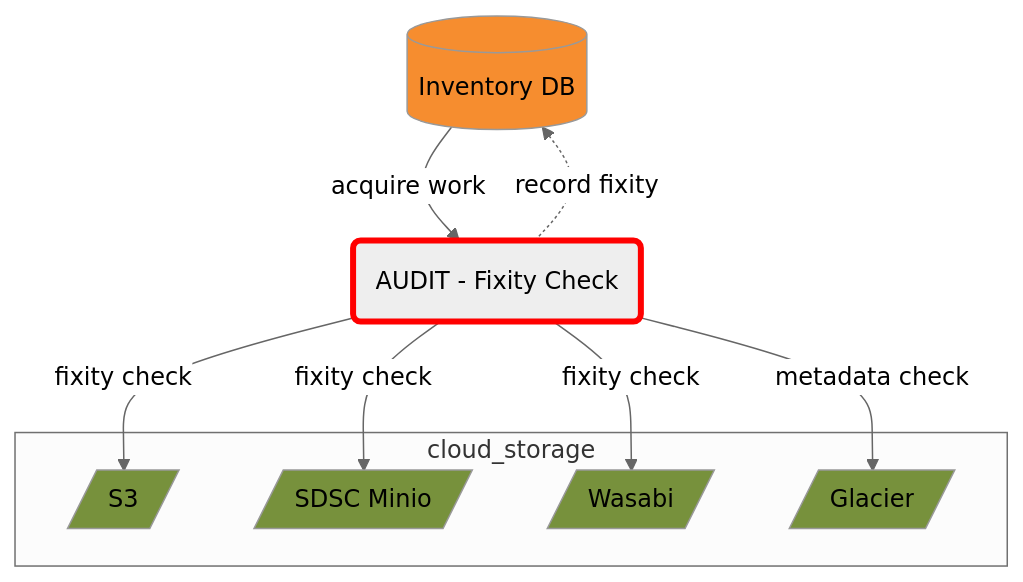
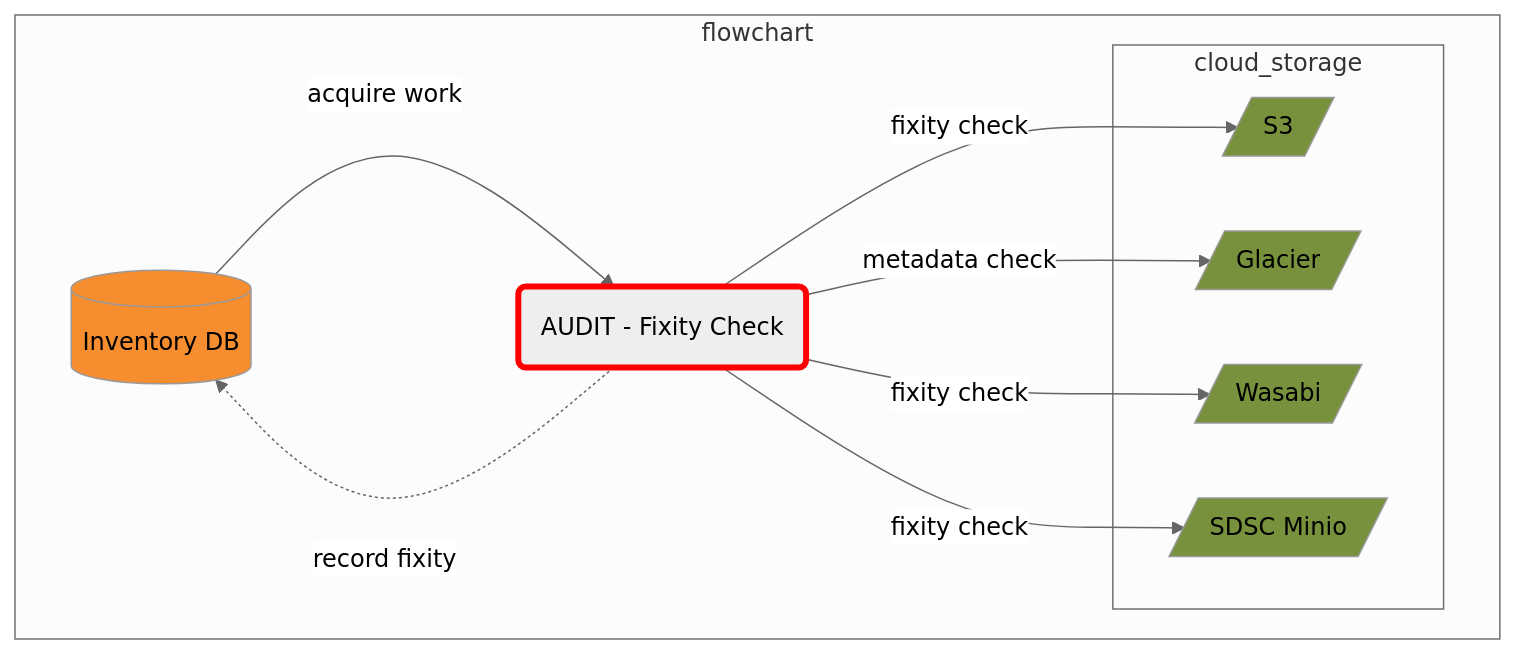
Before and after one commit to CDLUC3/mrt-doc: the diagram in diagrams/audit.mmd, drawn with Mermaid. The commit also changed 34 other files, not shown here.

```diff
--- a/diagrams/audit.mmd
+++ b/diagrams/audit.mmd
@@ -1,26 +1,27 @@
 %%{init: {'theme': 'neutral'}}%%
 graph TD
   RDS[(Inventory DB)]
   AUDIT(AUDIT - Fixity Check)
 
-  subgraph cloud_storage
-    CLDS3[/S3/]
-    CLDSDSC[/SDSC Minio/]
-    CLDWAS[/Wasabi/]
-    CLDGLC[/Glacier/]
+  subgraph flowchart
+    subgraph cloud_storage
+      CLDS3[/S3/]
+      CLDSDSC[/SDSC Minio/]
+      CLDWAS[/Wasabi/]
+      CLDGLC[/Glacier/]
+    end
+
+    RDS --> |acquire work| AUDIT
+    AUDIT --> |fixity check| CLDS3
+    AUDIT --> |metadata check| CLDGLC
+    AUDIT --> |fixity check| CLDWAS
+    AUDIT --> |fixity check| CLDSDSC
+    AUDIT -.-> |record fixity| RDS
   end
-
-  RDS --> |acquire work| AUDIT
-  AUDIT --> |fixity check| CLDS3
-  AUDIT --> |metadata check| CLDGLC
-  AUDIT --> |fixity check| CLDWAS
-  AUDIT --> |fixity check| CLDSDSC
-  AUDIT -.-> |record fixity| RDS
-
   style CLDS3 fill:#77913C
   style CLDGLC fill:#77913C
   style CLDSDSC fill:#77913C
   style CLDWAS fill:#77913C
   style RDS fill:#F68D2F
 
   style AUDIT stroke:red,stroke-width:4px
```
